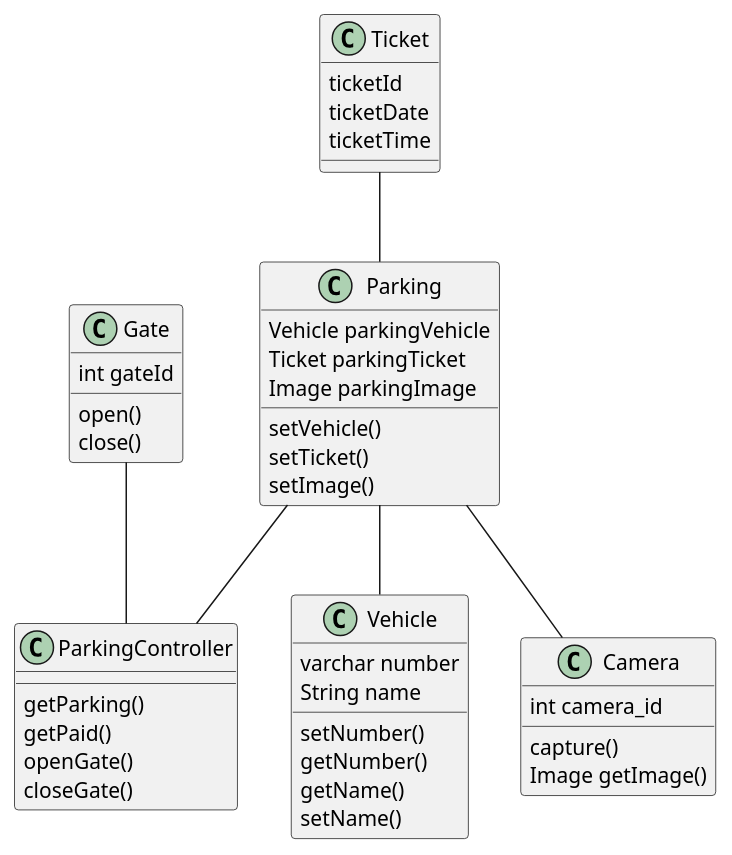
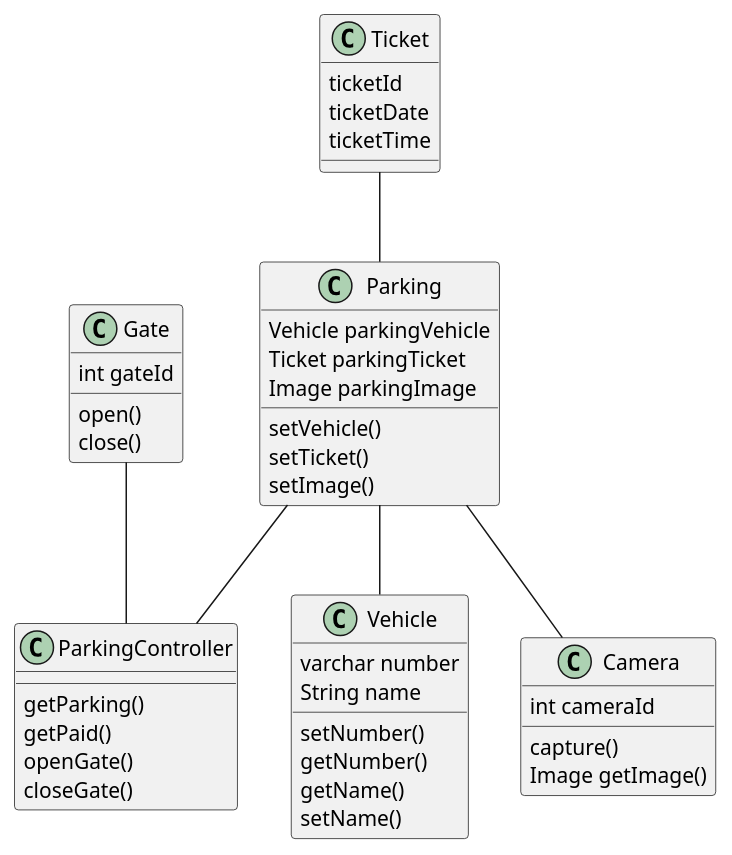
Before and after one commit to billymontolalu/thesis: the diagram in src/parkiran/case16.puml, drawn with PlantUML. The commit also changed 8 other files, not shown here.

```diff
--- a/src/parkiran/case16.puml
+++ b/src/parkiran/case16.puml
@@ -1,32 +1,32 @@
 @startuml
 Vehicle : varchar number
 Vehicle : String name
 Vehicle : setNumber()
 Vehicle : getNumber()
 Vehicle : getName()
 Vehicle : setName()
 Ticket : ticketId
 Ticket : ticketDate
 Ticket : ticketTime
 Gate : int gateId
 Gate : open()
 Gate : close()
 ParkingController : getParking()
 ParkingController : getPaid()
 ParkingController : openGate()
 ParkingController : closeGate()
 Parking : Vehicle parkingVehicle
 Parking : Ticket parkingTicket
 Parking : Image parkingImage
 Parking : setVehicle()
 Parking : setTicket()
 Parking : setImage()
-Camera : int camera_id
+Camera : int cameraId
 Camera : capture()
 Camera : Image getImage()
 Parking -- ParkingController
 Parking -- Vehicle
 Parking -- Camera
 Gate -- ParkingController
 Ticket -- Parking
 @enduml
```
